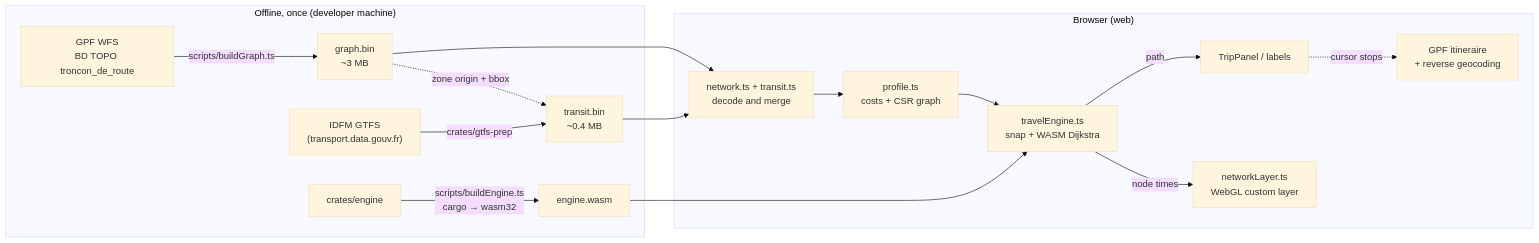
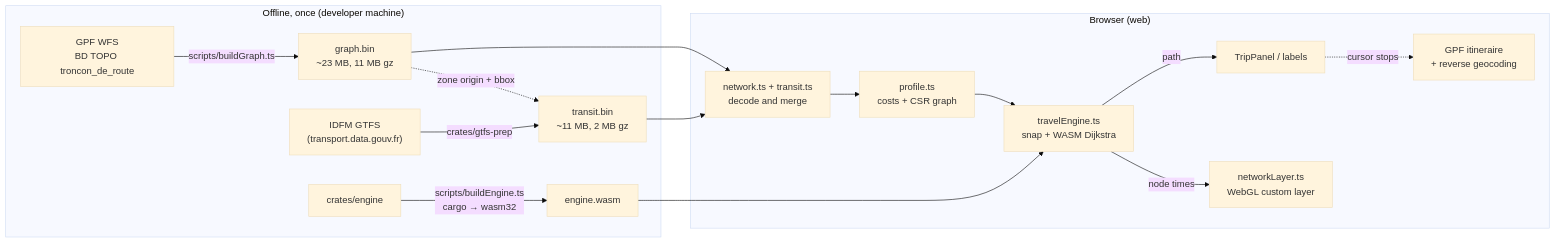
The first of 2 diagrams in docs/architecture.md (IGNF/geo-reach), drawn with Mermaid (base theme) before and after one commit. The commit also changed 37 other files, not shown here.

````diff
--- a/docs/architecture.md
+++ b/docs/architecture.md
@@ -9,21 +9,21 @@
 ```mermaid
 flowchart LR
   subgraph prep["Offline, once (developer machine)"]
-    WFS["GPF WFS<br/>BD TOPO troncon_de_route"] -->|scripts/buildGraph.ts| G[graph.bin<br/>~3 MB]
-    GTFS["IDFM GTFS<br/>(transport.data.gouv.fr)"] -->|crates/gtfs-prep| T[transit.bin<br/>~0.4 MB]
+    WFS["GPF WFS<br/>BD TOPO troncon_de_route"] -->|scripts/buildGraph.ts| G[graph.bin<br/>~23 MB, 11 MB gz]
+    GTFS["IDFM GTFS<br/>(transport.data.gouv.fr)"] -->|crates/gtfs-prep| T[transit.bin<br/>~11 MB, 2 MB gz]
     G -. zone origin + bbox .-> T
     RS[crates/engine] -->|scripts/buildEngine.ts<br/>cargo → wasm32| W[engine.wasm]
   end
 
   subgraph browser["Browser (web)"]
     L[network.ts + transit.ts<br/>decode and merge] --> P[profile.ts<br/>costs + CSR graph]
     P --> E[travelEngine.ts<br/>snap + WASM Dijkstra]
     E -->|node times| R[networkLayer.ts<br/>WebGL custom layer]
     E -->|path| UI[TripPanel / labels]
     UI -.cursor stops.-> GPF["GPF itineraire<br/>+ reverse geocoding"]
   end
 
   G --> L
   T --> L
   W --> E
 ```
````
